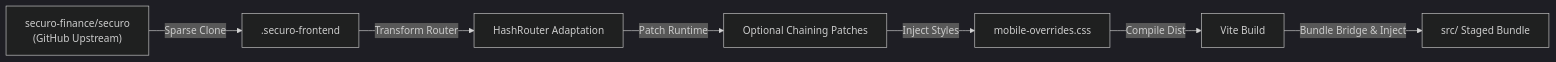
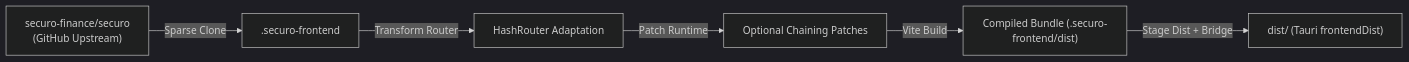
The third of 4 diagrams in ARCHITECTURE.md (Marcelo-maga/securo-client), drawn with Mermaid (dark theme) before and after one commit. The commit also changed other lines of this file and 4 other files, not shown here.

Commit message:
docs: align architecture diagrams and documentation with dist build flow

````diff
--- a/ARCHITECTURE.md
+++ b/ARCHITECTURE.md
@@ -79,9 +101,8 @@
 ```mermaid
 flowchart LR
     A["securo-finance/securo\n(GitHub Upstream)"] -->|"Sparse Clone"| B[".securo-frontend"]
     B -->|"Transform Router"| C["HashRouter Adaptation"]
     C -->|"Patch Runtime"| D["Optional Chaining Patches"]
-    D -->|"Inject Styles"| E["mobile-overrides.css"]
-    E -->|"Compile Dist"| F["Vite Build"]
-    F -->|"Bundle Bridge & Inject"| G["src/ Staged Bundle"]
+    D -->|"Vite Build"| E["Compiled Bundle (.securo-frontend/dist)"]
+    E -->|"Stage Dist + Bridge"| F["dist/ (Tauri frontendDist)"]
 ```
````
